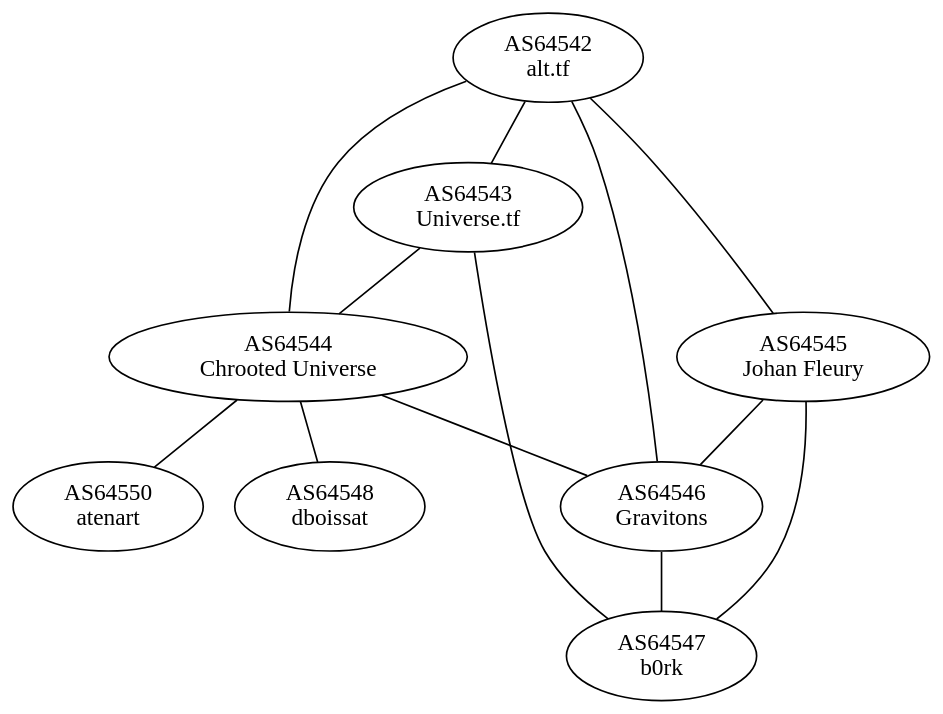
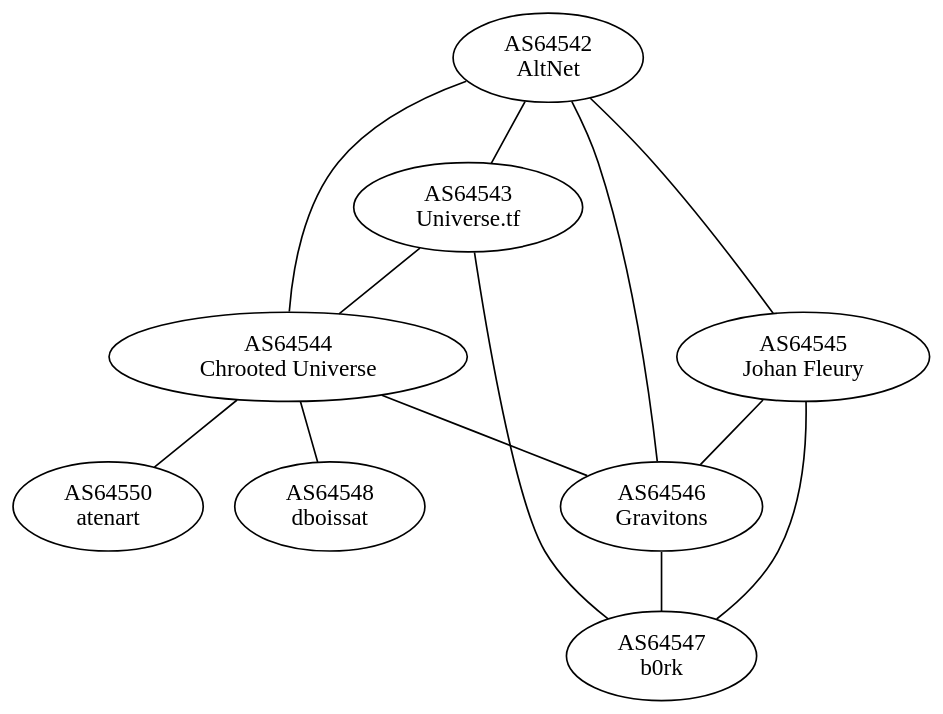
The diagram in as-graph.dot (GLaNET/resources), drawn with Graphviz before and after one commit.

Commit message:
Update AS64542 name

```diff
--- a/as-graph.dot
+++ b/as-graph.dot
@@ -1,31 +1,31 @@
 graph GLaNET
 {
         edge [len=2];
         graph [bgcolor=transparent]
 
-        AS64542 [label="AS64542\nalt.tf"];
+        AS64542 [label="AS64542\nAltNet"];
         AS64543 [label="AS64543\nUniverse.tf"];
         AS64544 [label="AS64544\nChrooted Universe"];
         AS64545 [label="AS64545\nJohan Fleury"];
         AS64546 [label="AS64546\nGravitons"];
         AS64547 [label="AS64547\nb0rk"];
         AS64548 [label="AS64548\ndboissat"];
         AS64550 [label="AS64550\natenart"];
 
         AS64542 -- AS64543;
         AS64542 -- AS64544;
         AS64542 -- AS64545;
         AS64542 -- AS64546;
 
         AS64543 -- AS64544;
         AS64543 -- AS64547;
 
         AS64544 -- AS64546;
         AS64544 -- AS64548;
         AS64544 -- AS64550;
 
         AS64545 -- AS64546;
         AS64545 -- AS64547;
 
         AS64546 -- AS64547;
 }
```
